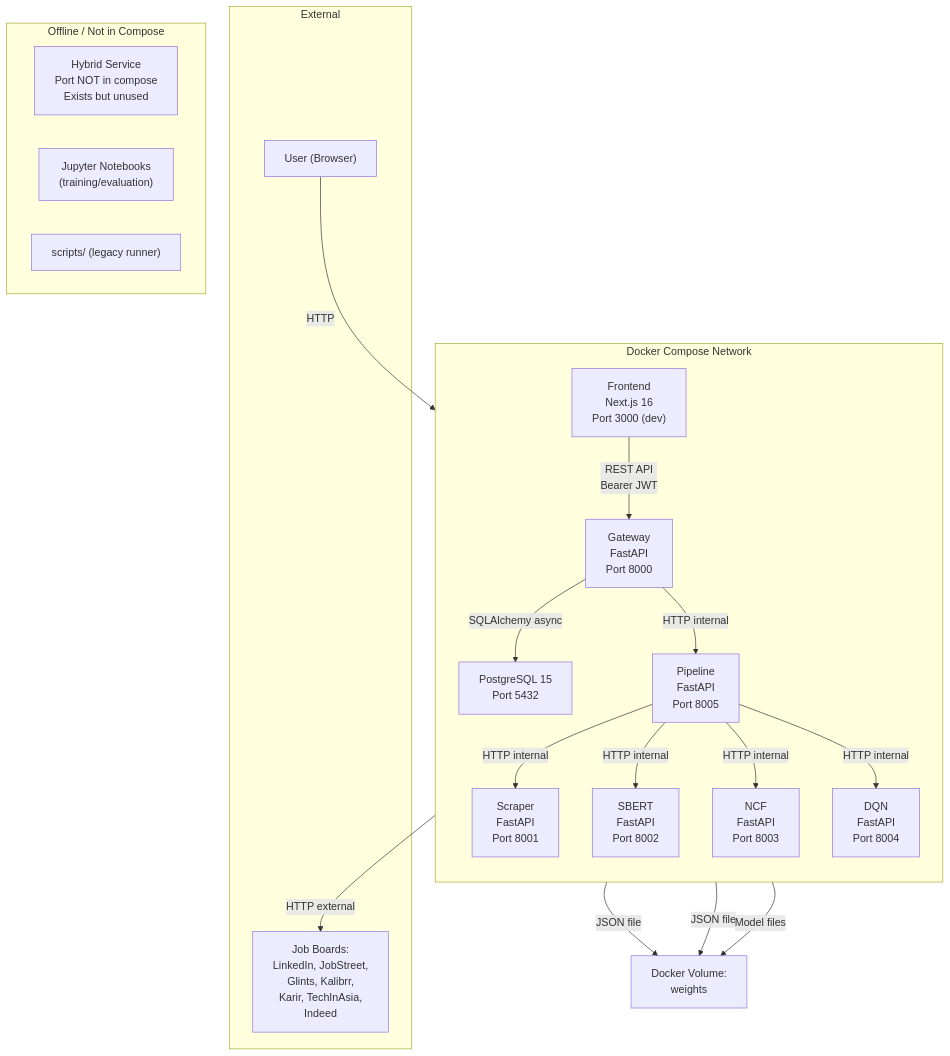
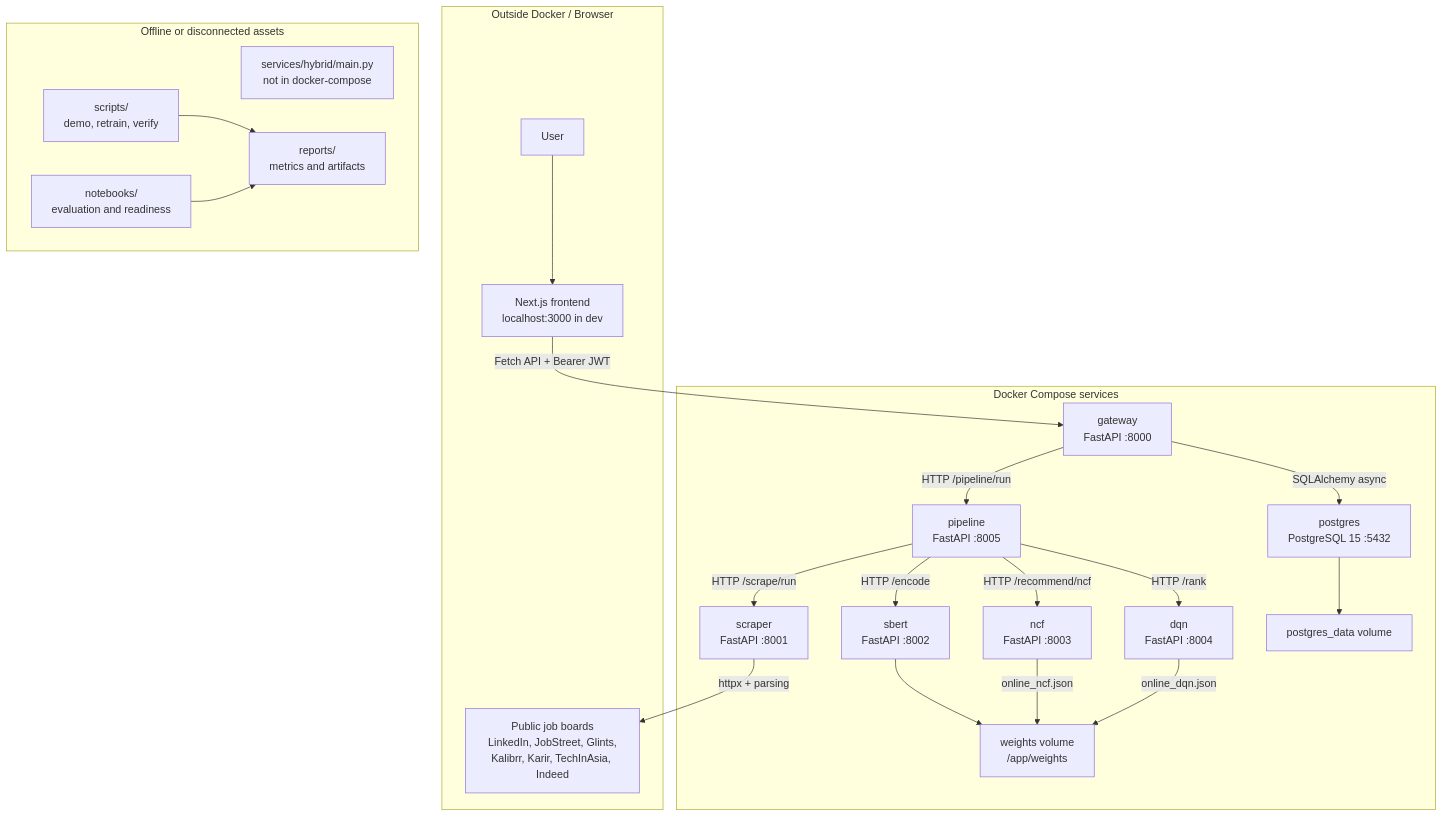
One commit to zXmill/SCPA-job-advisor changed the second of 15 diagrams in diagram.md. Above: the diagram before and after it, drawn with Mermaid. The commit also changed other lines of this file and 1 other file, not shown here.

````diff
--- a/diagram.md
+++ b/diagram.md
@@ -32,38 +91,43 @@
 ```mermaid
-flowchart TD
-    subgraph External
-        User["User (Browser)"]
-        JobBoards["Job Boards:<br/>LinkedIn, JobStreet,<br/>Glints, Kalibrr,<br/>Karir, TechInAsia,<br/>Indeed"]
+flowchart TB
+    subgraph External["Outside Docker / Browser"]
+        User["User"]
+        Browser["Next.js frontend<br/>localhost:3000 in dev"]
+        JobBoards["Public job boards<br/>LinkedIn, JobStreet, Glints,<br/>Kalibrr, Karir, TechInAsia, Indeed"]
     end
 
-    subgraph DockerCompose["Docker Compose Network"]
-        direction TB
-        Frontend["Frontend<br/>Next.js 16<br/>Port 3000 (dev)"]
-        Gateway["Gateway<br/>FastAPI<br/>Port 8000"]
-        Pipeline["Pipeline<br/>FastAPI<br/>Port 8005"]
-        Scraper["Scraper<br/>FastAPI<br/>Port 8001"]
-        SBERT["SBERT<br/>FastAPI<br/>Port 8002"]
-        NCF["NCF<br/>FastAPI<br/>Port 8003"]
-        DQN["DQN<br/>FastAPI<br/>Port 8004"]
-        Postgres["PostgreSQL 15<br/>Port 5432"]
+    subgraph Compose["Docker Compose services"]
+        Gateway["gateway<br/>FastAPI :8000"]
+        Pipeline["pipeline<br/>FastAPI :8005"]
+        Scraper["scraper<br/>FastAPI :8001"]
+        SBERT["sbert<br/>FastAPI :8002"]
+        NCF["ncf<br/>FastAPI :8003"]
+        DQN["dqn<br/>FastAPI :8004"]
+        Postgres["postgres<br/>PostgreSQL 15 :5432"]
+        Weights["weights volume<br/>/app/weights"]
+        PgData["postgres_data volume"]
     end
 
-    subgraph OfflineAssets["Offline / Not in Compose"]
-        HybridSvc["Hybrid Service<br/>Port NOT in compose<br/>Exists but unused"]
-        Notebooks["Jupyter Notebooks<br/>(training/evaluation)"]
-        Scripts["scripts/ (legacy runner)"]
+    subgraph Offline["Offline or disconnected assets"]
+        Hybrid["services/hybrid/main.py<br/>not in docker-compose"]
+        Scripts["scripts/<br/>demo, retrain, verify"]
+        Notebooks["notebooks/<br/>evaluation and readiness"]
+        Reports["reports/<br/>metrics and artifacts"]
     end
 
-    User -->|HTTP| Frontend
-    Frontend -->|REST API<br/>Bearer JWT| Gateway
-    Gateway -->|SQLAlchemy async| Postgres
-    Gateway -->|HTTP internal| Pipeline
-    Pipeline -->|HTTP internal| Scraper
-    Pipeline -->|HTTP internal| SBERT
-    Pipeline -->|HTTP internal| NCF
-    Pipeline -->|HTTP internal| DQN
-    Scraper -->|HTTP external| JobBoards
-    NCF -->|JSON file| WeightsVol["Docker Volume:<br/>weights"]
-    DQN -->|JSON file| WeightsVol
-    SBERT -->|Model files| WeightsVol
+    User --> Browser
+    Browser -->|"Fetch API + Bearer JWT"| Gateway
+    Gateway -->|"SQLAlchemy async"| Postgres
+    Gateway -->|"HTTP /pipeline/run"| Pipeline
+    Pipeline -->|"HTTP /scrape/run"| Scraper
+    Pipeline -->|"HTTP /encode"| SBERT
+    Pipeline -->|"HTTP /recommend/ncf"| NCF
+    Pipeline -->|"HTTP /rank"| DQN
+    Scraper -->|"httpx + parsing"| JobBoards
+    Postgres --> PgData
+    SBERT --> Weights
+    NCF -->|"online_ncf.json"| Weights
+    DQN -->|"online_dqn.json"| Weights
+    Scripts --> Reports
+    Notebooks --> Reports
 ```
````
